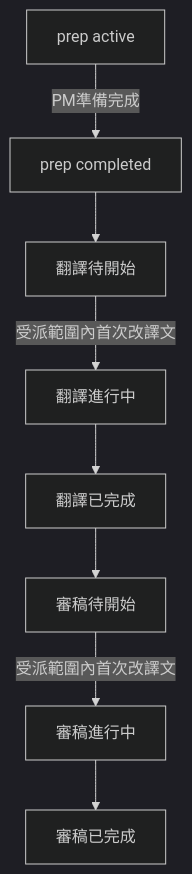
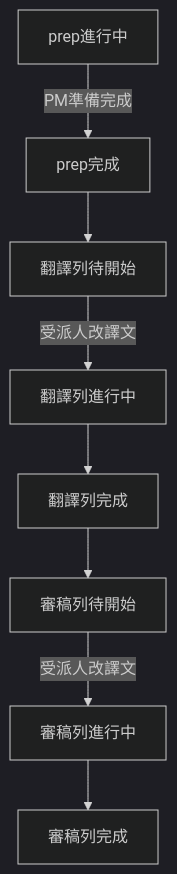
Before and after one commit to kratoswrathful-wy/talk-hanzi-joy: the diagram in docs/CAT_WORKFLOW_B7_UNIFIED_STATUS_AND_LIST_UX_2026-06.md, drawn with Mermaid (dark theme). The commit also changed other lines of this file and 8 other files, not shown here.

````diff
--- a/docs/CAT_WORKFLOW_B7_UNIFIED_STATUS_AND_LIST_UX_2026-06.md
+++ b/docs/CAT_WORKFLOW_B7_UNIFIED_STATUS_AND_LIST_UX_2026-06.md
@@ -71,10 +87,10 @@
 ```mermaid
 flowchart TD
-  prepActive["prep active"] -->|PM準備完成| prepDone["prep completed"]
-  prepDone --> transPending["翻譯待開始"]
-  transPending -->|"受派範圍內首次改譯文"| transActive["翻譯進行中"]
-  transActive --> transDone["翻譯已完成"]
-  transDone --> revPending["審稿待開始"]
-  revPending -->|"受派範圍內首次改譯文"| revActive["審稿進行中"]
-  revActive --> revDone["審稿已完成"]
+  prepActive["prep進行中"] -->|PM準備完成| prepDone["prep完成"]
+  prepDone --> transPending["翻譯列待開始"]
+  transPending -->|受派人改譯文| transActive["翻譯列進行中"]
+  transActive --> transDone["翻譯列完成"]
+  transDone --> revPending["審稿列待開始"]
+  revPending -->|受派人改譯文| revActive["審稿列進行中"]
+  revActive --> revDone["審稿列完成"]
 ```
````
